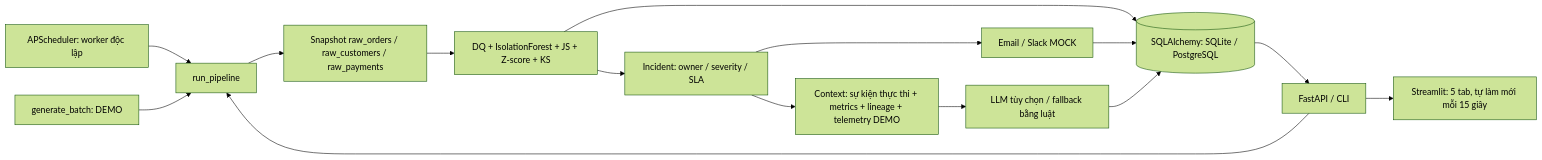
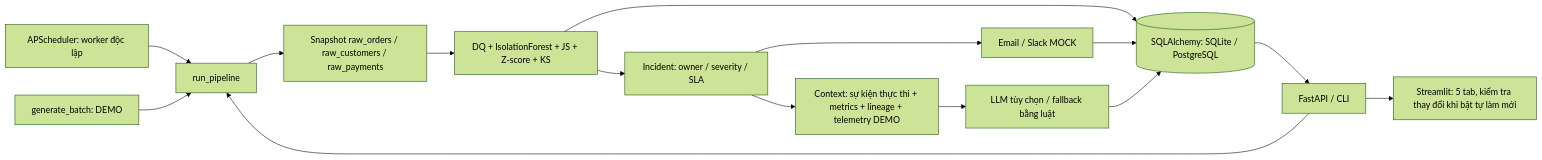
One commit to ChrisDemon0811/AI_Data_Observability_Nhom6 changed the diagram in README.md. Above: the diagram before and after it, drawn with Mermaid (forest theme). The commit also changed other lines of this file and 8 other files, not shown here.

````diff
--- a/README.md
+++ b/README.md
@@ -270,17 +270,17 @@
 ```mermaid
 flowchart LR
     W[APScheduler: worker độc lập] --> P[run_pipeline]
     A[FastAPI / CLI] --> P
     G[generate_batch: DEMO] --> P
     P --> S[Snapshot raw_orders / raw_customers / raw_payments]
     S --> Q[DQ + IsolationForest + JS + Z-score + KS]
     Q --> DB[(SQLAlchemy: SQLite / PostgreSQL)]
     Q --> I[Incident: owner / severity / SLA]
     I --> N[Email / Slack MOCK]
     I --> C[Context: sự kiện thực thi + metrics + lineage + telemetry DEMO]
     C --> R[LLM tùy chọn / fallback bằng luật]
     N --> DB
     R --> DB
     DB --> A
-    A --> U[Streamlit: 5 tab, tự làm mới mỗi 15 giây]
+    A --> U[Streamlit: 5 tab, kiểm tra thay đổi khi bật tự làm mới]
 ```
````
